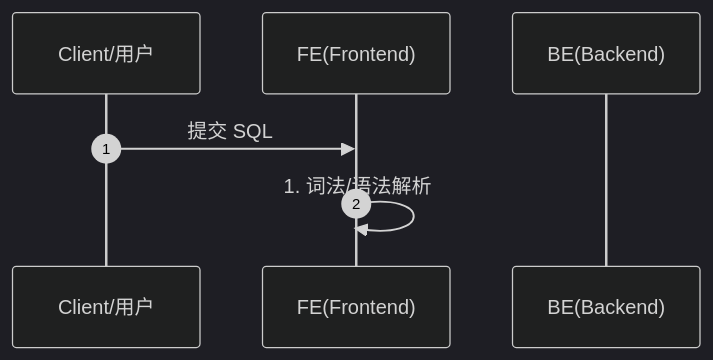
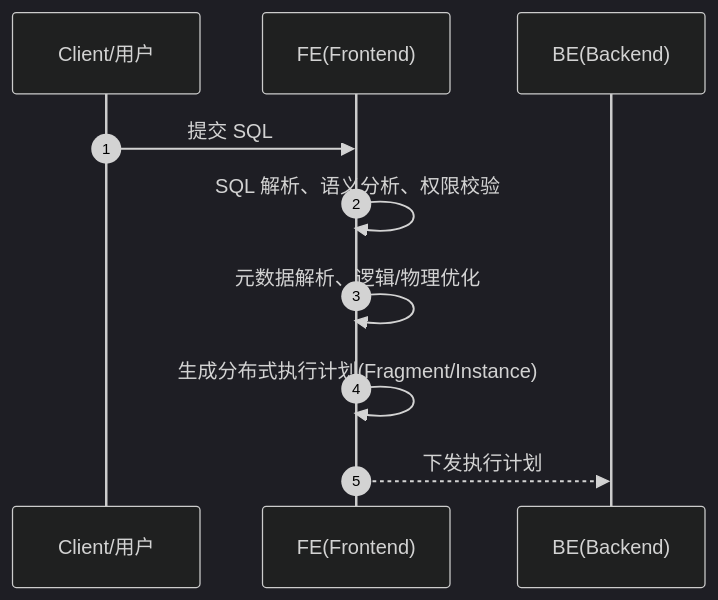
Before and after one commit to HY-10-8/iodraw-files: the diagram in all/未命名-4.md, drawn with Mermaid (dark theme).

Commit message:
2026-04-22 17:36:04 update

````diff
--- a/all/未命名-4.md
+++ b/all/未命名-4.md
@@ -1,11 +1,14 @@
 ```mermaid
 sequenceDiagram
     autonumber
 
     participant Client as Client/用户
     participant FE as FE(Frontend)
     participant BE as BE(Backend)
     
     Client->>FE: 提交 SQL
-    FE->>FE: 1. 词法/语法解析
+    FE->>FE: SQL 解析、语义分析、权限校验
+    FE->>FE: 元数据解析、逻辑/物理优化
+    FE->>FE: 生成分布式执行计划(Fragment/Instance)
+    FE-->>BE: 下发执行计划
 ```
````
